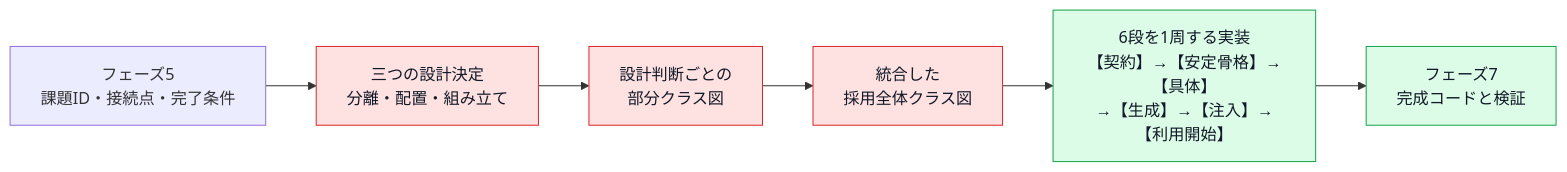
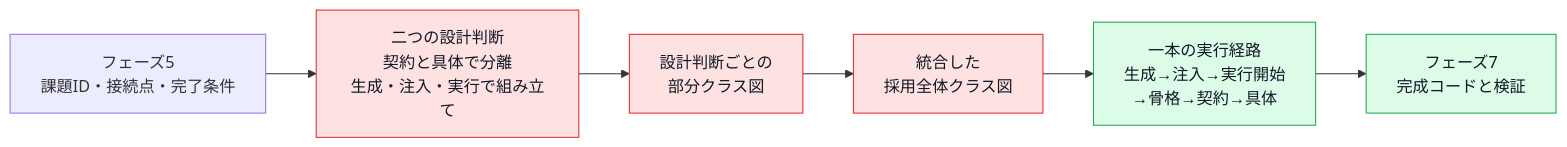
One commit to kumachan1101-pixel/DesignPattern changed the first of 9 diagrams in kindle/design-patterns/output/chapter00_2.md. Above: the diagram before and after it, drawn with Mermaid. The commit also changed other lines of this file and 28 other files, not shown here.

Commit message:
docs: simplify phase 6 design flow

````diff
--- a/kindle/design-patterns/output/chapter00_2.md
+++ b/kindle/design-patterns/output/chapter00_2.md
@@ -79,16 +75,16 @@
 ```mermaid
 flowchart LR
     A["フェーズ5<br/>課題ID・接続点・完了条件"]
-    B["三つの設計決定<br/>分離・配置・組み立て"]
+    B["二つの設計判断<br/>契約と具体で分離<br/>生成・注入・実行で組み立て"]
     C["設計判断ごとの<br/>部分クラス図"]
     D["統合した<br/>採用全体クラス図"]
-    E["6段を1周する実装<br/>【契約】→【安定骨格】→【具体】<br/>→【生成】→【注入】→【利用開始】"]
+    E["一本の実行経路<br/>生成→注入→実行開始<br/>→骨格→契約→具体"]
     F["フェーズ7<br/>完成コードと検証"]
 
     A --> B --> C --> D --> E --> F
 
     classDef decision fill:#fee2e2,stroke:#dc2626,color:#111827;
     classDef implementation fill:#dcfce7,stroke:#16a34a,color:#111827;
     class B,C,D decision;
     class E,F implementation;
 ```
````
